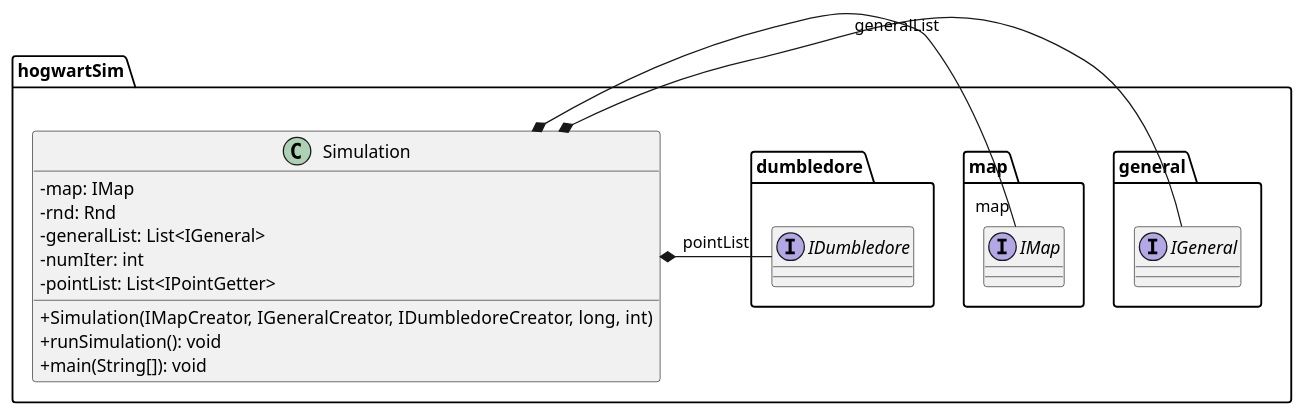
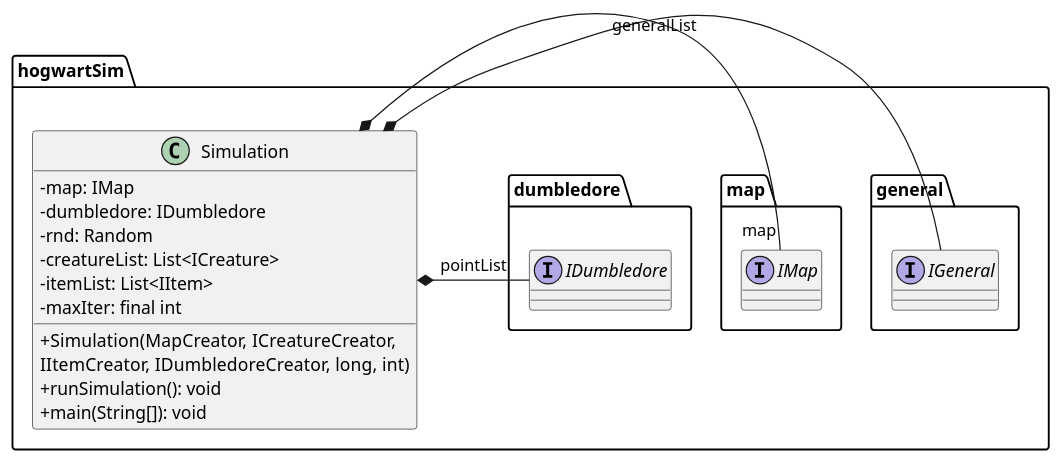
One commit to bauerkamil/hogwartSim changed the diagram in diagrams/class-general/src/class-simulation.puml. Above: the diagram before and after it, drawn with PlantUML. The commit also changed 29 other files, not shown here.

Commit message:
Diagrams 2.0

```diff
--- a/diagrams/class-general/src/class-simulation.puml
+++ b/diagrams/class-general/src/class-simulation.puml
@@ -1,36 +1,39 @@
 @startuml
 'https://plantuml.com/class-diagram
 
 skinparam classAttributeIconSize 0
+skinparam maxMessageSize 125
 
 package hogwartSim{
     class Simulation{
-        -map: IMap
-        -rnd: Rnd
-        -generalList: List<IGeneral>
-        -numIter: int
-        -pointList: List<IPointGetter>
+        - map: IMap
+        - dumbledore: IDumbledore
+        - rnd: Random
+        - creatureList: List<ICreature>
+        - itemList: List<IItem>
+        - maxIter: final int
 
-        +Simulation(IMapCreator, IGeneralCreator, IDumbledoreCreator, long, int)
+        +Simulation(MapCreator, ICreatureCreator,
+        IItemCreator, IDumbledoreCreator, long, int)
         +runSimulation(): void
         +main(String[]): void
     }
 }
 
 package hogwartSim.general{
     interface IGeneral
 }
 Simulation *- IGeneral: generalList
 
 package hogwartSim.map{
     interface IMap
 }
 Simulation *- "map" IMap
 
 package hogwartSim.dumbledore{
     interface IDumbledore
 }
 Simulation *- IDumbledore: pointList
 
 
 @enduml
```
